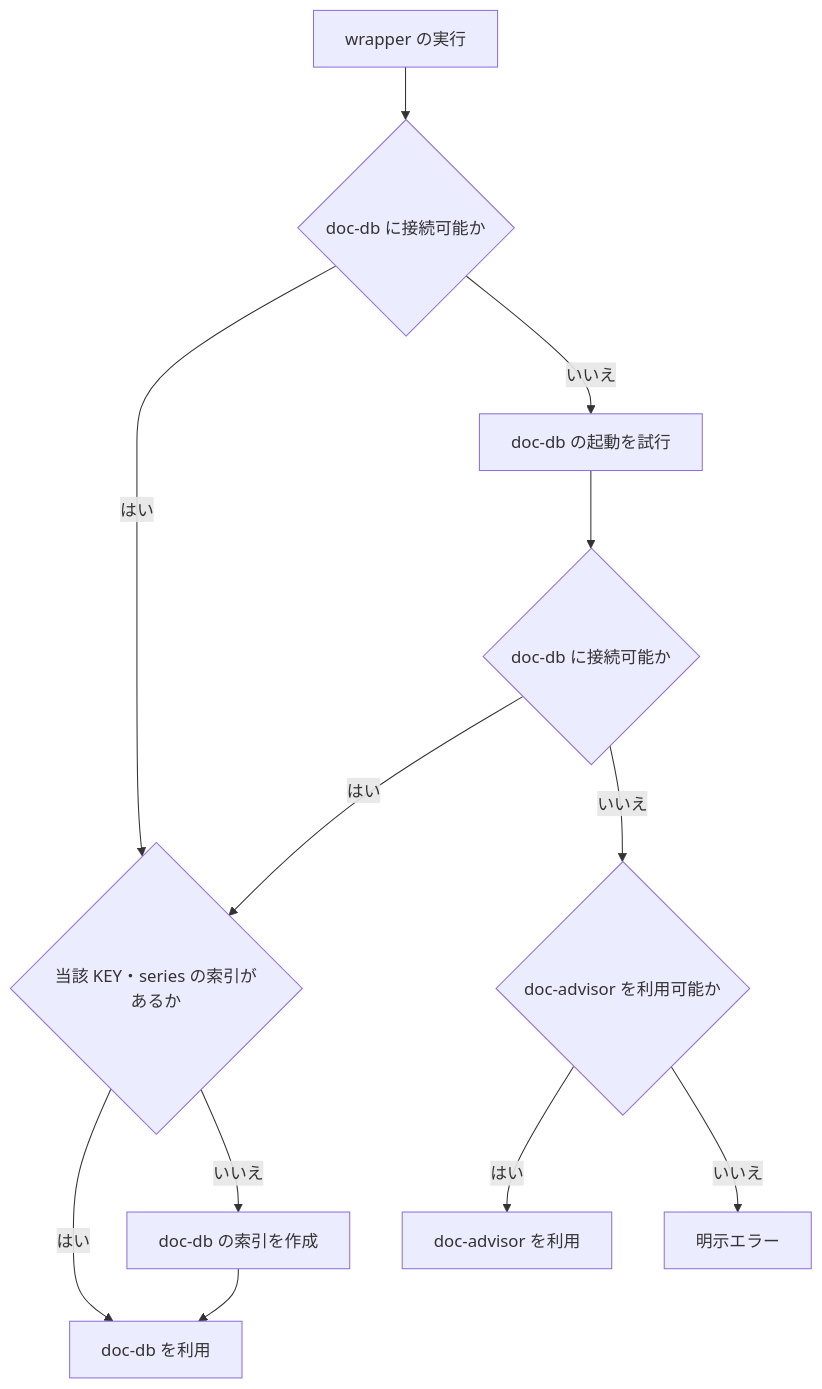
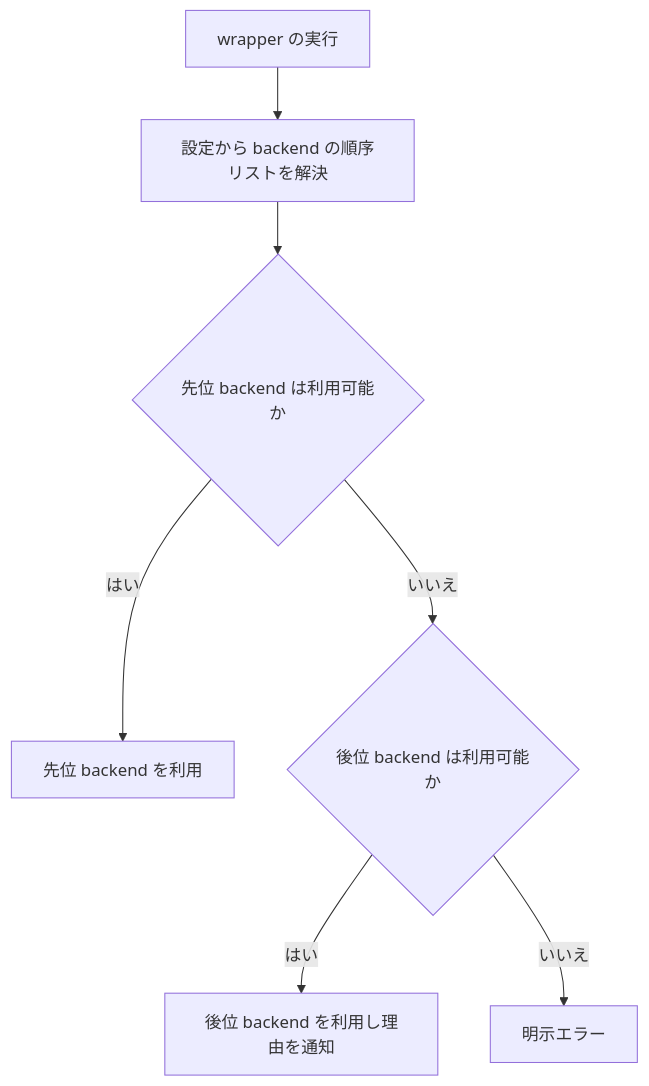
The diagram in docs/specs/doc-db/requirements/REQ-014_doc_db_backend_selection_spec.md (BlueEventHorizon/bw-cc-plugins), drawn with Mermaid before and after one commit. The commit also changed other lines of this file and 9 other files, not shown here.

First line of the commit message:
feat(doc-db): backend 選択を順序リスト化し既定を doc-advisor 先位へ変更（TASK-020）

````diff
--- a/docs/specs/doc-db/requirements/REQ-014_doc_db_backend_selection_spec.md
+++ b/docs/specs/doc-db/requirements/REQ-014_doc_db_backend_selection_spec.md
@@ -65,14 +65,9 @@
 ```mermaid
 flowchart TD
-    A[wrapper の実行] --> B{doc-db に接続可能か}
-    B -->|はい| I{当該 KEY・series の索引があるか}
-    B -->|いいえ| D[doc-db の起動を試行]
-    D --> E{doc-db に接続可能か}
-    E -->|はい| I
-    E -->|いいえ| F{doc-advisor を利用可能か}
-    I -->|はい| C[doc-db を利用]
-    I -->|いいえ| J[doc-db の索引を作成]
-    J --> C
-    F -->|はい| G[doc-advisor を利用]
-    F -->|いいえ| H[明示エラー]
+    A[wrapper の実行] --> B[設定から backend の順序リストを解決]
+    B --> C{先位 backend は利用可能か}
+    C -->|はい| D[先位 backend を利用]
+    C -->|いいえ| E{後位 backend は利用可能か}
+    E -->|はい| F[後位 backend を利用し理由を通知]
+    E -->|いいえ| G[明示エラー]
 ```
````
